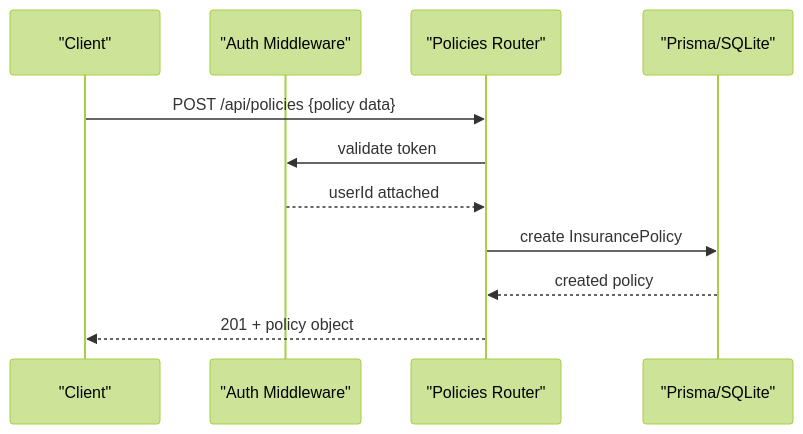
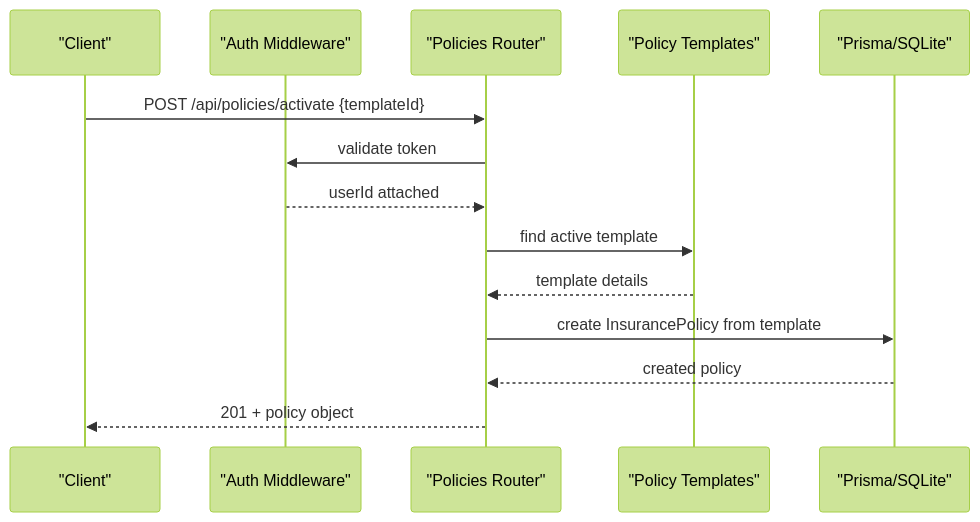
One commit to NaveenHiranya/Smart-Vehicle-Insurance-Claim-System changed the second of 5 diagrams in .qoder/repowiki/en/content/API Reference/Policies API.md. Above: the diagram before and after it, drawn with Mermaid (forest theme). The commit also changed other lines of this file and 38 other files, not shown here.

````diff
--- a/.qoder/repowiki/en/content/API Reference/Policies API.md
+++ b/.qoder/repowiki/en/content/API Reference/Policies API.md
@@ -70,13 +87,16 @@
 ```mermaid
 sequenceDiagram
 participant Client as "Client"
 participant Auth as "Auth Middleware"
 participant Routes as "Policies Router"
+participant Templates as "Policy Templates"
 participant DB as "Prisma/SQLite"
-Client->>Routes : POST /api/policies {policy data}
+Client->>Routes : POST /api/policies/activate {templateId}
 Routes->>Auth : validate token
 Auth-->>Routes : userId attached
-Routes->>DB : create InsurancePolicy
+Routes->>Templates : find active template
+Templates-->>Routes : template details
+Routes->>DB : create InsurancePolicy from template
 DB-->>Routes : created policy
 Routes-->>Client : 201 + policy object
 ```
````
